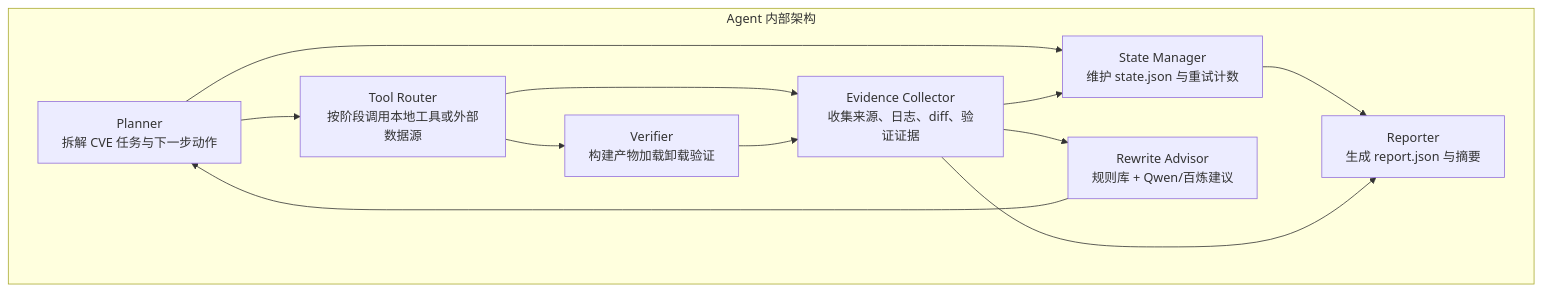
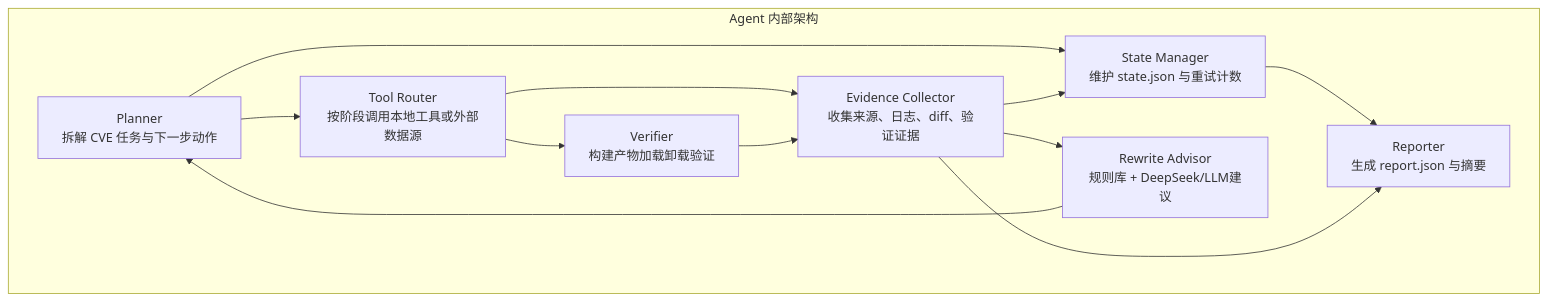
Before and after one commit to lsbbdbb/kernel_project_v1: the second of 13 diagrams in README.md, drawn with Mermaid. The commit also changed other lines of this file and 54 other files, not shown here.

````diff
--- a/README.md
+++ b/README.md
@@ -228,22 +228,22 @@
 ```mermaid
 flowchart TB
     subgraph Agent["Agent 内部架构"]
         Planner["Planner\n拆解 CVE 任务与下一步动作"]
         Router["Tool Router\n按阶段调用本地工具或外部数据源"]
         State["State Manager\n维护 state.json 与重试计数"]
         Evidence["Evidence Collector\n收集来源、日志、diff、验证证据"]
-        Advisor["Rewrite Advisor\n规则库 + Qwen/百炼建议"]
+        Advisor["Rewrite Advisor\n规则库 + DeepSeek/LLM建议"]
         Verifier["Verifier\n构建产物加载卸载验证"]
         Reporter["Reporter\n生成 report.json 与摘要"]
     end
     Planner --> Router
     Planner --> State
     Router --> Evidence
     Evidence --> State
     Evidence --> Advisor
     Advisor --> Planner
     Router --> Verifier
     Verifier --> Evidence
     State --> Reporter
     Evidence --> Reporter
 ```
````
